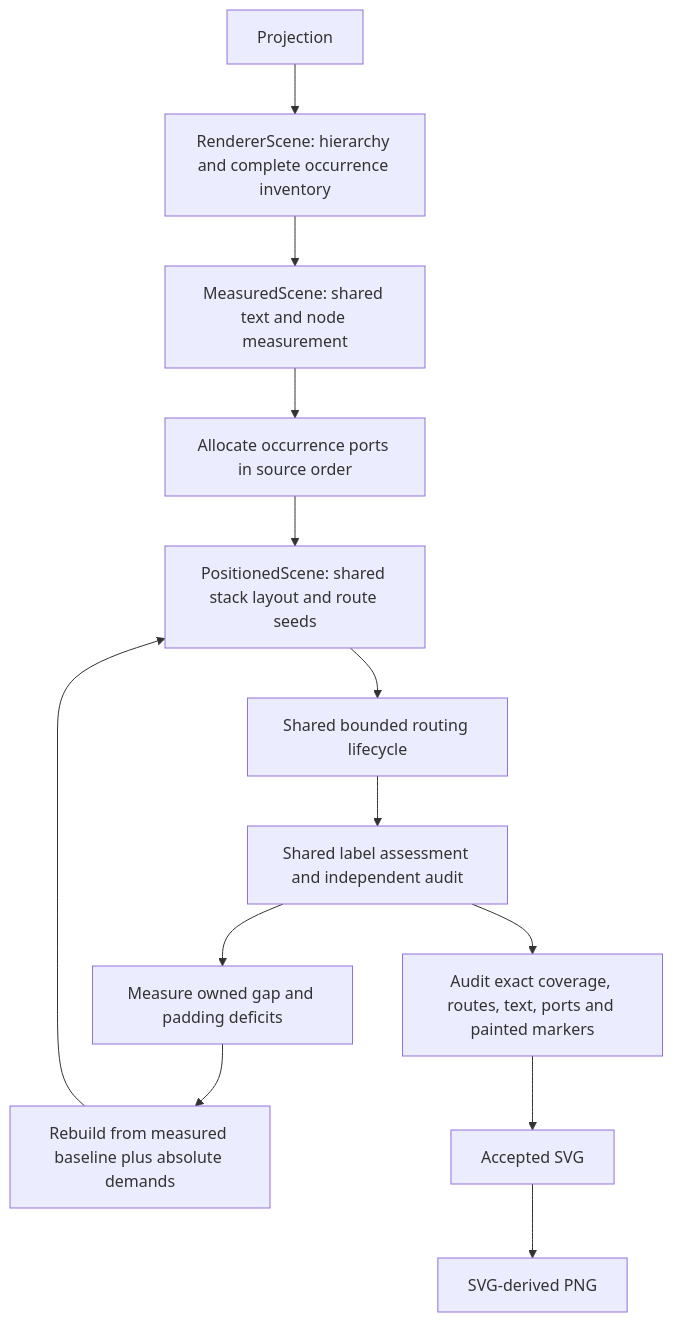
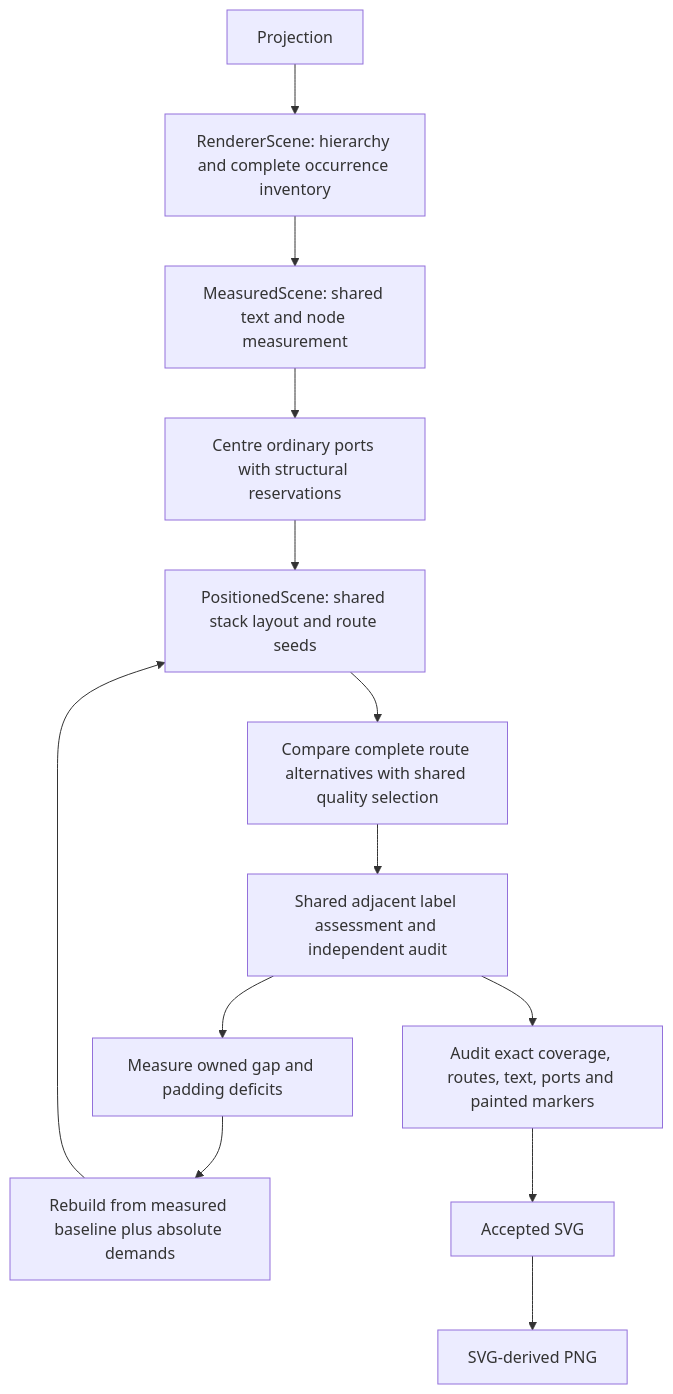
Before and after one commit to knutopia/Structured-Design-Documents: the diagram in docs/diagrams/ia-place-map.md, drawn with Mermaid. The commit also changed other lines of this file and 78 other files, not shown here.

Commit message:
Routing quality improvements

````diff
--- a/docs/diagrams/ia-place-map.md
+++ b/docs/diagrams/ia-place-map.md
@@ -29,15 +32,15 @@
 ```mermaid
 flowchart TD
     projection[Projection] --> scene[RendererScene: hierarchy and complete occurrence inventory]
     scene --> measure[MeasuredScene: shared text and node measurement]
-    measure --> ports[Allocate occurrence ports in source order]
+    measure --> ports[Centre ordinary ports with structural reservations]
     ports --> position[PositionedScene: shared stack layout and route seeds]
-    position --> route[Shared bounded routing lifecycle]
-    route --> labels[Shared label assessment and independent audit]
+    position --> route[Compare complete route alternatives with shared quality selection]
+    route --> labels[Shared adjacent label assessment and independent audit]
     labels --> demands[Measure owned gap and padding deficits]
     demands --> reflow[Rebuild from measured baseline plus absolute demands]
     reflow --> position
     labels --> final[Audit exact coverage, routes, text, ports and painted markers]
     final --> svg[Accepted SVG]
     svg --> png[SVG-derived PNG]
 ```
````
